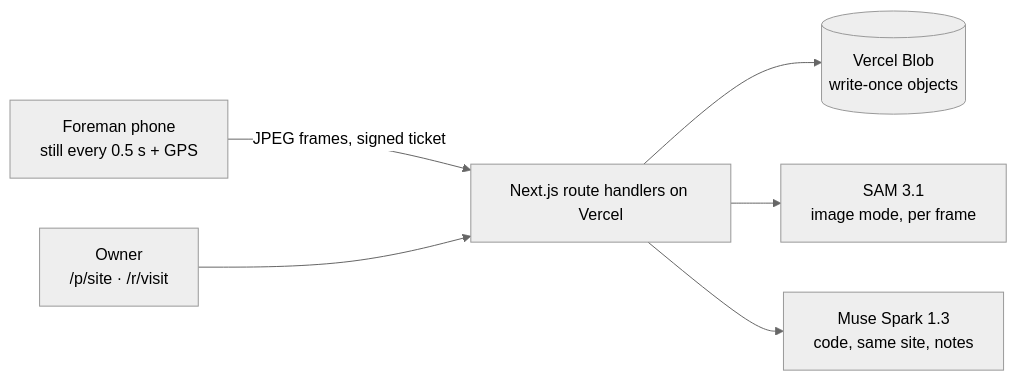
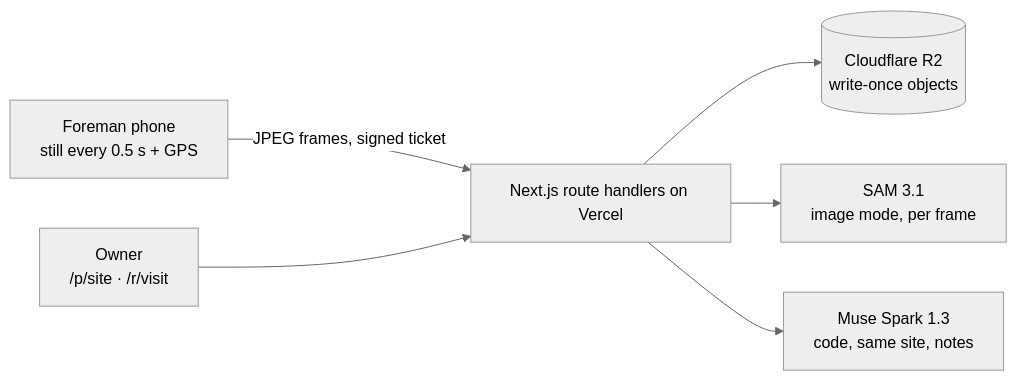
One commit to techbone/plumbline changed the first of 2 diagrams in ARCHITECTURE.md. Above: the diagram before and after it, drawn with Mermaid (neutral theme). The commit also changed other lines of this file and 6 other files, not shown here.

Commit message:
feat: store write-once objects in cloudflare r2, read without listing

````diff
--- a/ARCHITECTURE.md
+++ b/ARCHITECTURE.md
@@ -31,8 +31,8 @@
 ```mermaid
 flowchart LR
   F[Foreman phone<br/>still every 0.5 s + GPS] -->|JPEG frames, signed ticket| API[Next.js route handlers on Vercel]
   O[Owner<br/>/p/site · /r/visit] --> API
-  API --> BLOB[(Vercel Blob<br/>write-once objects)]
+  API --> BLOB[(Cloudflare R2<br/>write-once objects)]
   API --> SAM[SAM 3.1<br/>image mode, per frame]
   API --> SPARK[Muse Spark 1.3<br/>code, same site, notes]
 ```
````
